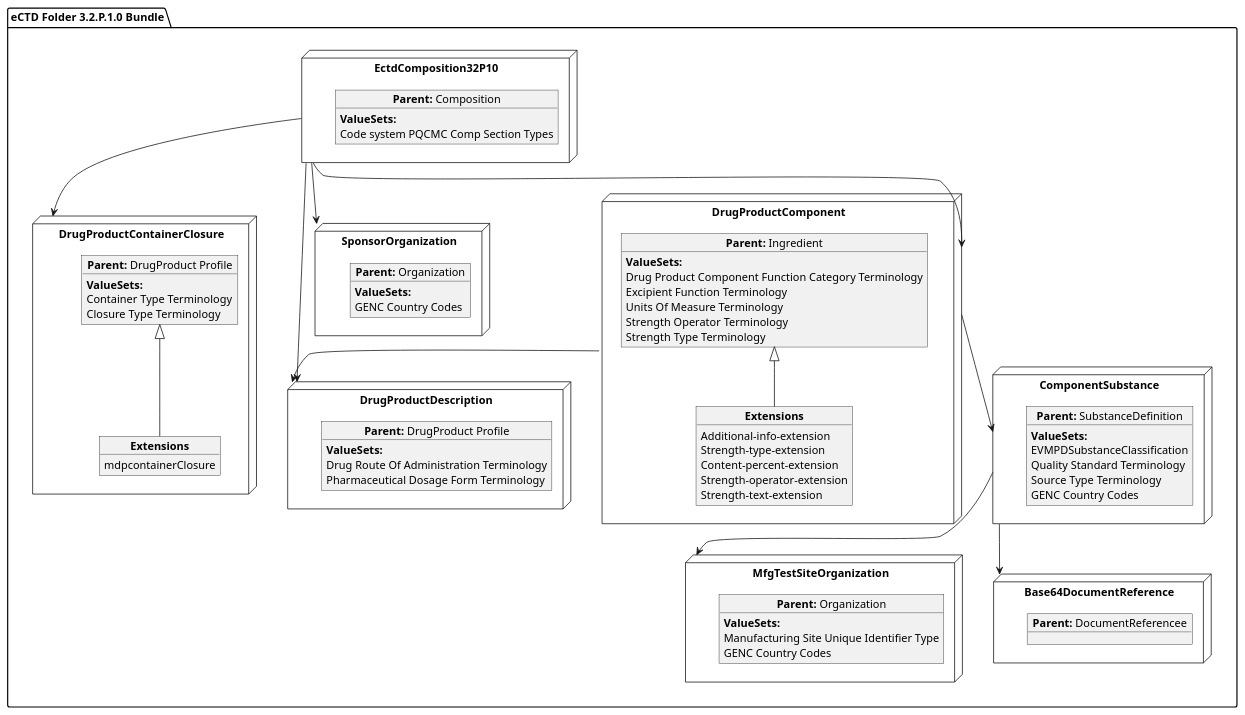
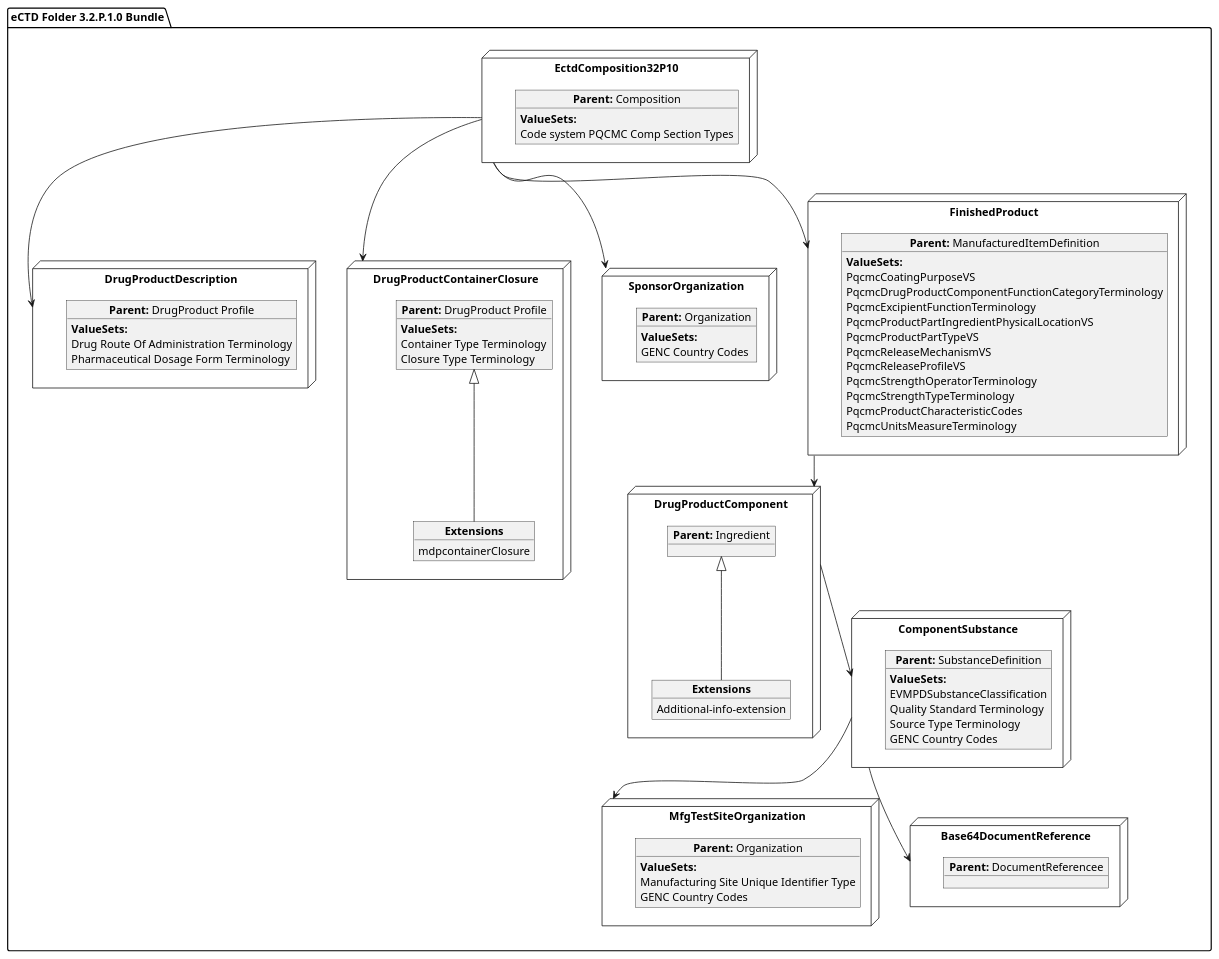
Before and after one commit to HL7/FHIR-us-pq-cmc-fda: the diagram in input/images-source/ProdDesComp.plantuml, drawn with PlantUML. The commit also changed 50 other files, not shown here.

```diff
--- a/input/images-source/ProdDesComp.plantuml
+++ b/input/images-source/ProdDesComp.plantuml
@@ -1,88 +1,94 @@
 @startuml
 allowmixing
 'Mixed model of use case and object
 package "eCTD Folder 3.2.P.1.0 Bundle" as NODES {
 
 
   node "DrugProductDescription" as N2 { 
       object "**Parent:** DrugProduct Profile" as obj2 {
         **ValueSets:**
         Drug Route Of Administration Terminology
         Pharmaceutical Dosage Form Terminology
     }
 }
   node "EctdComposition32P10" as N1 { 
       object "**Parent:** Composition" as obj1 {
       **ValueSets:**
   Code system PQCMC Comp Section Types
     }   
 }
 node "DrugProductContainerClosure" as N21 { 
       object "**Parent:** DrugProduct Profile" as obj22 {
         **ValueSets:**
         Container Type Terminology
         Closure Type Terminology
     }
     object "**Extensions**" as objEx {
         mdpcontainerClosure
     }
     obj22 <|-- objEx
 }
 
 node "SponsorOrganization" as NSO { 
       object "**Parent:** Organization" as objAu {
         **ValueSets:**
         GENC Country Codes
     }
 }
+node "FinishedProduct"as MID {
+object "**Parent:** ManufacturedItemDefinition" as objMID { 
+      **ValueSets:**
+      PqcmcCoatingPurposeVS
+      PqcmcDrugProductComponentFunctionCategoryTerminology
+      PqcmcExcipientFunctionTerminology
+      PqcmcProductPartIngredientPhysicalLocationVS
+      PqcmcProductPartTypeVS
+      PqcmcReleaseMechanismVS
+      PqcmcReleaseProfileVS
+      PqcmcStrengthOperatorTerminology
+      PqcmcStrengthTypeTerminology
+      PqcmcProductCharacteristicCodes
+      PqcmcUnitsMeasureTerminology
+      }
+}
 node "MfgTestSiteOrganization" as NMFG { 
       object "**Parent:** Organization" as objDP {
          **ValueSets:**
         Manufacturing Site Unique Identifier Type
 	    GENC Country Codes
     }
 }
 
 node "DrugProductComponent" as NN { 
       object "**Parent:** Ingredient" as obj3 {
-        **ValueSets:**
-          Drug Product Component Function Category Terminology
-          Excipient Function Terminology
-          Units Of Measure Terminology
-          Strength Operator Terminology
-          Strength Type Terminology
       }
       object "**Extensions**" as objExs {
         Additional-info-extension
-        Strength-type-extension
-        Content-percent-extension
-        Strength-operator-extension
-        Strength-text-extension
     }
     obj3 <|-- objExs
 }
 
 node "ComponentSubstance" as NCS { 
       object "**Parent:** SubstanceDefinition" as objSubDef {
         **ValueSets:**
         EVMPDSubstanceClassification
         Quality Standard Terminology
         Source Type Terminology
         GENC Country Codes
     }
 }
 node "Base64DocumentReference" as NB64 { 
-      object "**Parent:** DocumentReferencee"  as obj64  
+      object "**Parent:** DocumentReferencee"  as obj64    
 }
 
-}
+
 
 N1 --> N2
+N1 --> MID
 N1 --> NSO
 N1 --> N21
-N1 --> NN
-NN --> N2
+MID --> NN
 NCS --> NMFG
 NN --> NCS
 NCS --> NB64
 @enduml
```
